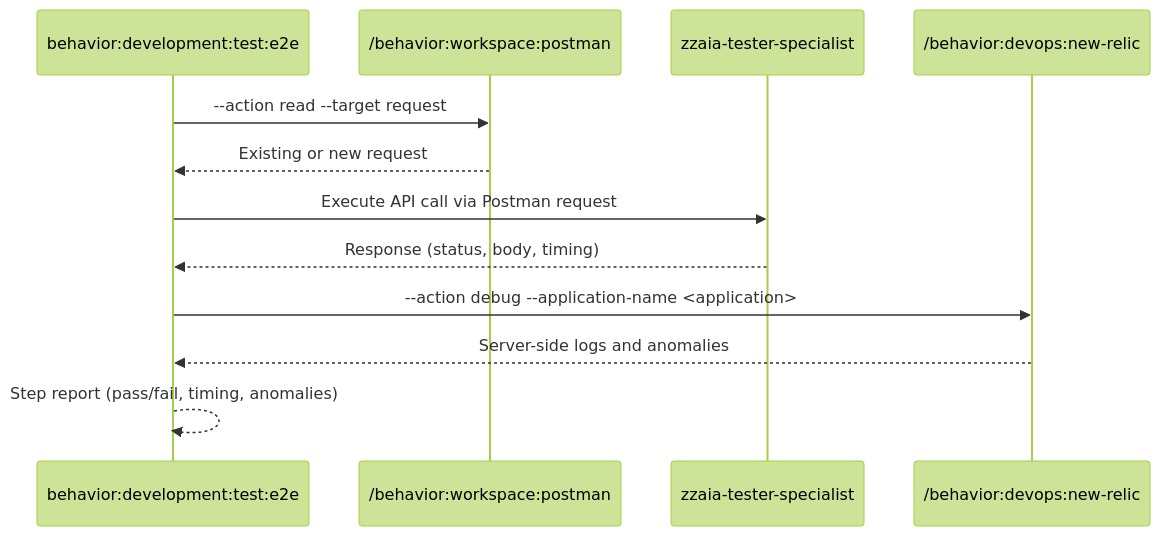
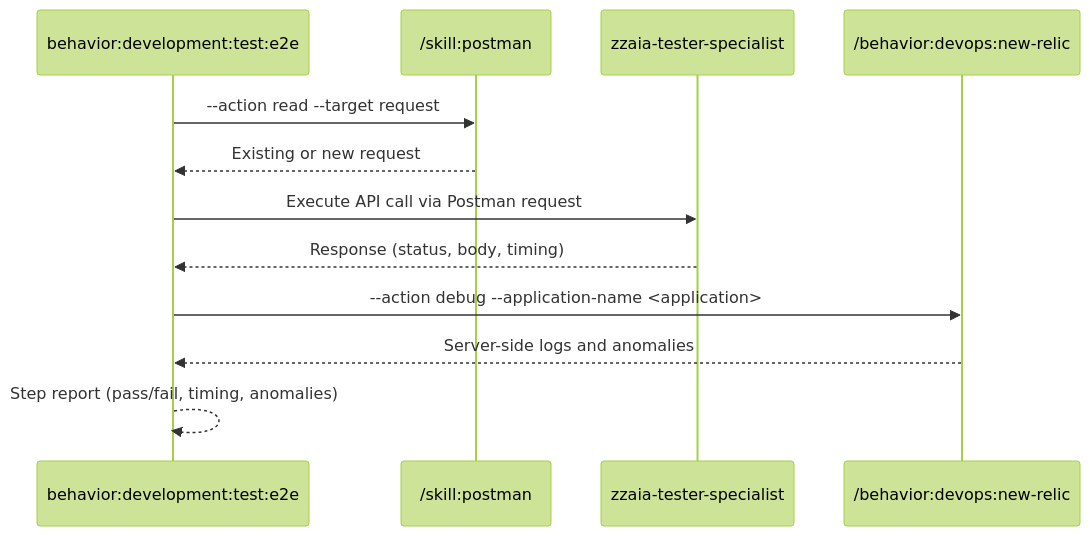
Before and after one commit to zzaia/zzaia-agentic-workspace: the diagram in .claude/commands/behavior/development/test/e2e/SKILL.md, drawn with Mermaid (forest theme). The commit also changed other lines of this file and 11 other files, not shown here.

````diff
--- a/.claude/commands/behavior/development/test/e2e/SKILL.md
+++ b/.claude/commands/behavior/development/test/e2e/SKILL.md
@@ -58,15 +58,15 @@
 ```mermaid
 sequenceDiagram
     participant C as behavior:development:test:e2e
-    participant PM as /behavior:workspace:postman
+    participant PM as /skill:postman
     participant TS as zzaia-tester-specialist
     participant NR as /behavior:devops:new-relic
 
     C->>PM: --action read --target request
     PM-->>C: Existing or new request
     C->>TS: Execute API call via Postman request
     TS-->>C: Response (status, body, timing)
     C->>NR: --action debug --application-name <application>
     NR-->>C: Server-side logs and anomalies
     C-->>C: Step report (pass/fail, timing, anomalies)
 ```
````
